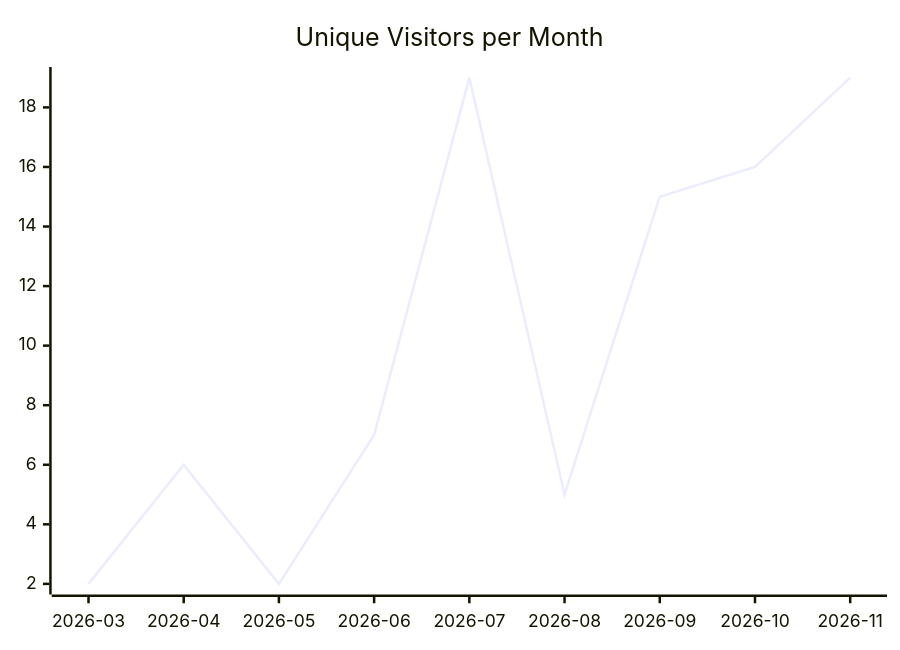
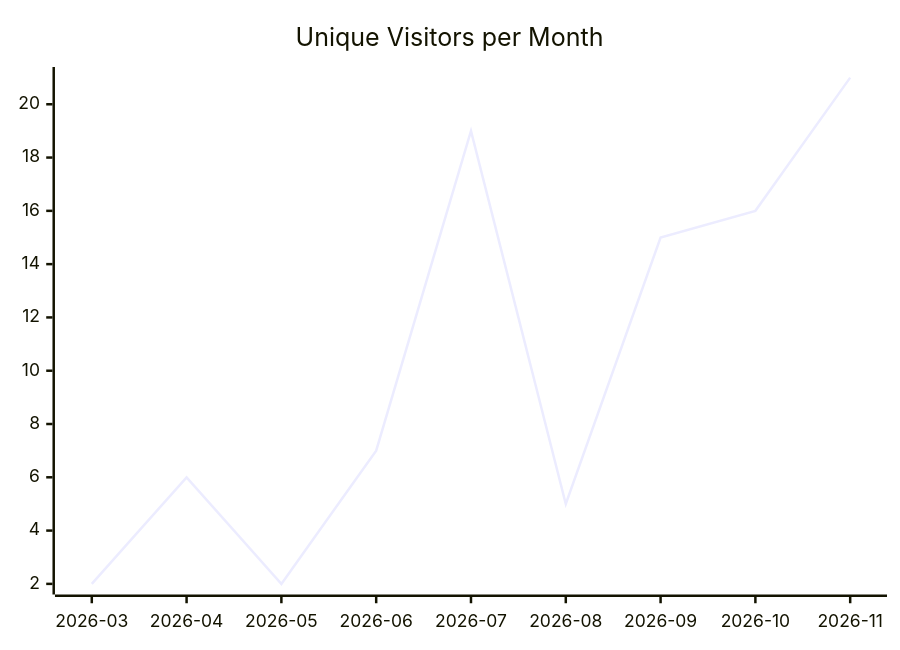
One commit to justdavis-family/github-analytics-data changed the first of 3 diagrams in karlmdavis/fhir-benchmarks/README.md. Above: the diagram before and after it, drawn with Mermaid. The commit also changed other lines of this file and 196 other files, not shown here.

````diff
--- a/karlmdavis/fhir-benchmarks/README.md
+++ b/karlmdavis/fhir-benchmarks/README.md
@@ -5,6 +5,6 @@
 ```mermaid
 xychart-beta
   title "Unique Visitors per Month"
   x-axis ["2026-03", "2026-04", "2026-05", "2026-06", "2026-07", "2026-08", "2026-09", "2026-10", "2026-11"]
-  line [2, 6, 2, 7, 19, 5, 15, 16, 19]
+  line [2, 6, 2, 7, 19, 5, 15, 16, 21]
 ```
````
